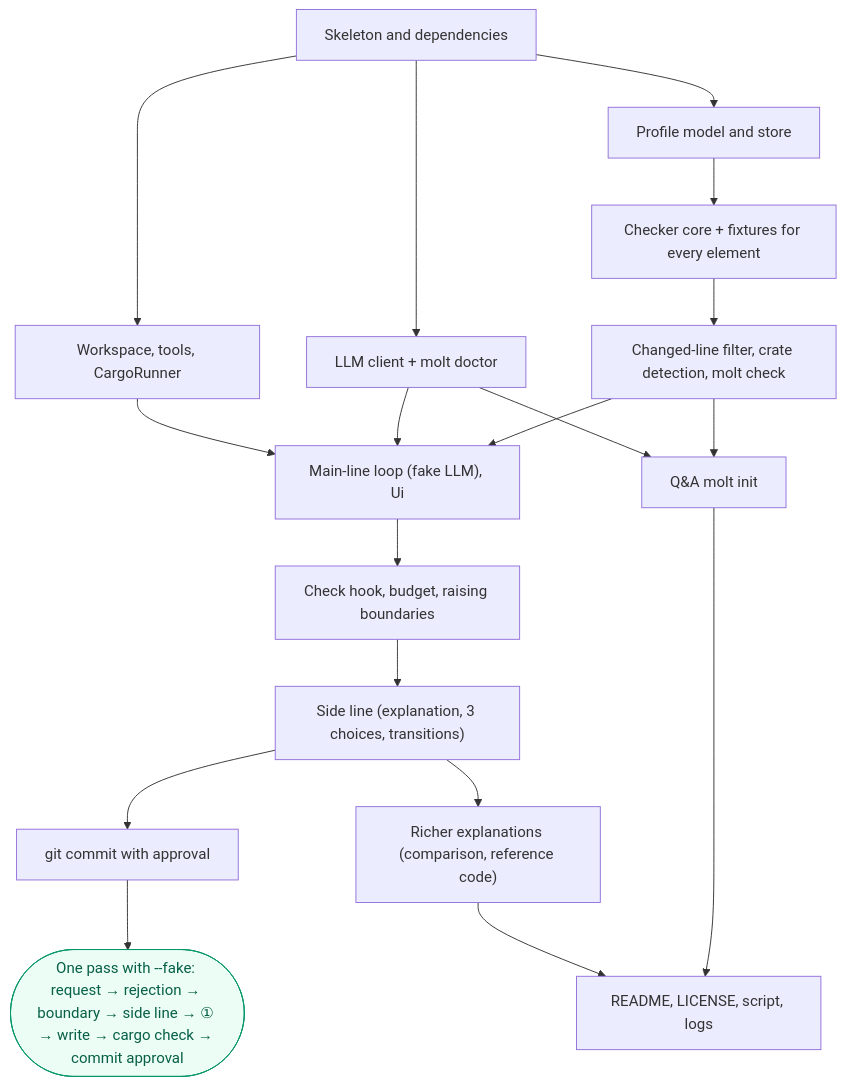
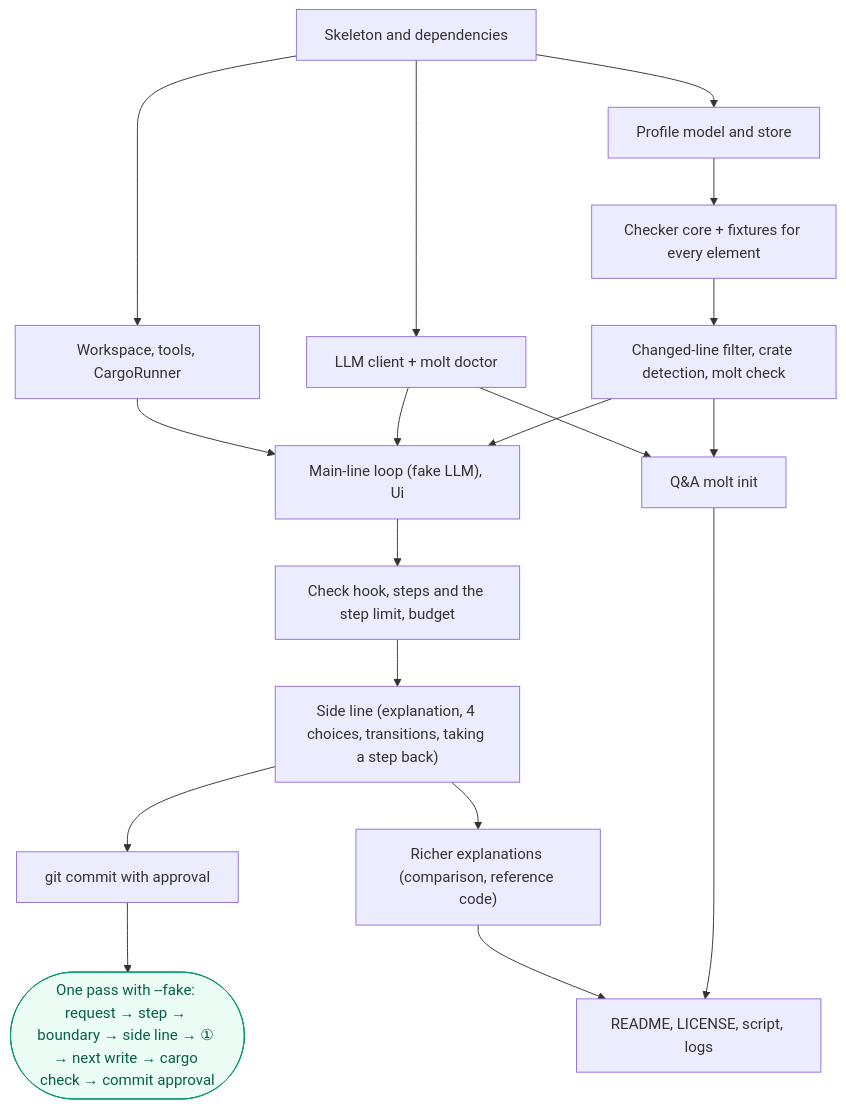
The ninth of 9 diagrams in PRD.md (sumiredc/molt), drawn with Mermaid before and after one commit. The commit also changed other lines of this file and 1 other file, not shown here.

````diff
--- a/PRD.md
+++ b/PRD.md
@@ -471,21 +490,21 @@
 ```mermaid
 flowchart TB
   s0["Skeleton and dependencies"] --> s1["Profile model and store"]
   s1 --> s2["Checker core + fixtures for every element"]
   s2 --> s3["Changed-line filter, crate detection, molt check"]
   s0 --> s4["LLM client + molt doctor"]
   s0 --> s5["Workspace, tools, CargoRunner"]
   s3 --> s6["Main-line loop (fake LLM), Ui"]
   s4 --> s6
   s5 --> s6
-  s6 --> s7["Check hook, budget, raising boundaries"]
-  s7 --> s8["Side line (explanation, 3 choices, transitions)"]
+  s6 --> s7["Check hook, steps and the step limit, budget"]
+  s7 --> s8["Side line (explanation, 4 choices, transitions, taking a step back)"]
   s8 --> s9["git commit with approval"]
-  s9 --> m(["One pass with --fake: request → rejection → boundary → side line → ① → write → cargo check → commit approval"]):::ok
+  s9 --> m(["One pass with --fake: request → step → boundary → side line → ① → next write → cargo check → commit approval"]):::ok
   s3 --> s10["Q&A molt init"]
   s4 --> s10
   s8 --> s11["Richer explanations (comparison, reference code)"]
   s10 --> s12["README, LICENSE, script, logs"]
   s11 --> s12
   classDef ok fill:#ecfdf5,stroke:#059669,color:#065f46
 ```
````
